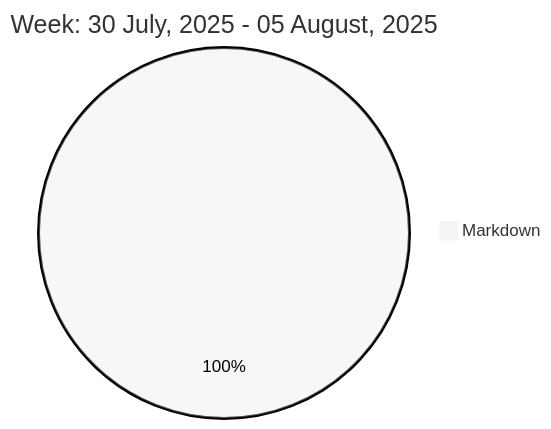
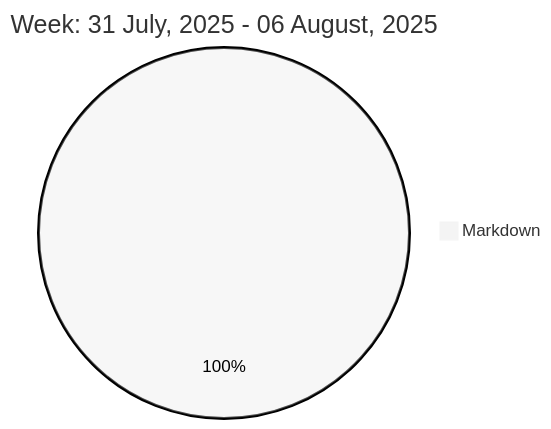
Before and after one commit to liubin95/liubin95: the diagram in README.md, drawn with Mermaid (neutral theme).

Commit message:
Updated the Graph with new Metrics

````diff
--- a/README.md
+++ b/README.md
@@ -37,5 +37,5 @@
 ```mermaid
  pie
-title Week: 30 July, 2025 - 05 August, 2025
- "Markdown" : 1.33
+title Week: 31 July, 2025 - 06 August, 2025
+ "Markdown" : 1.6
 ```
````
